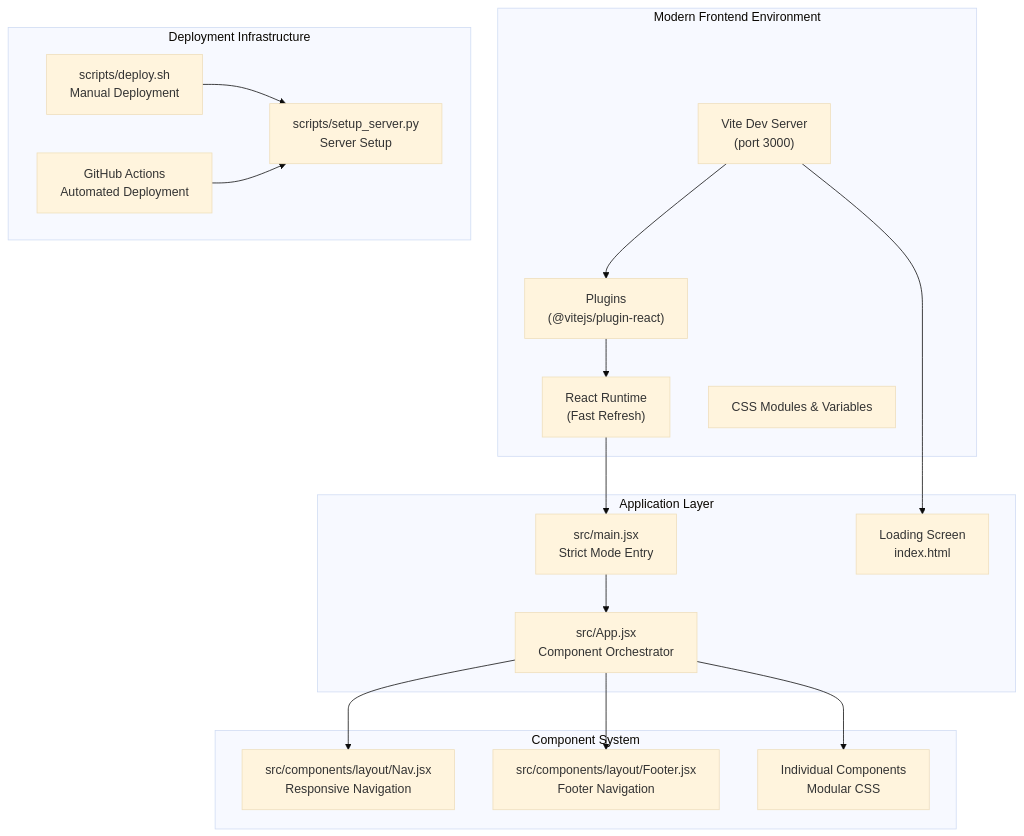
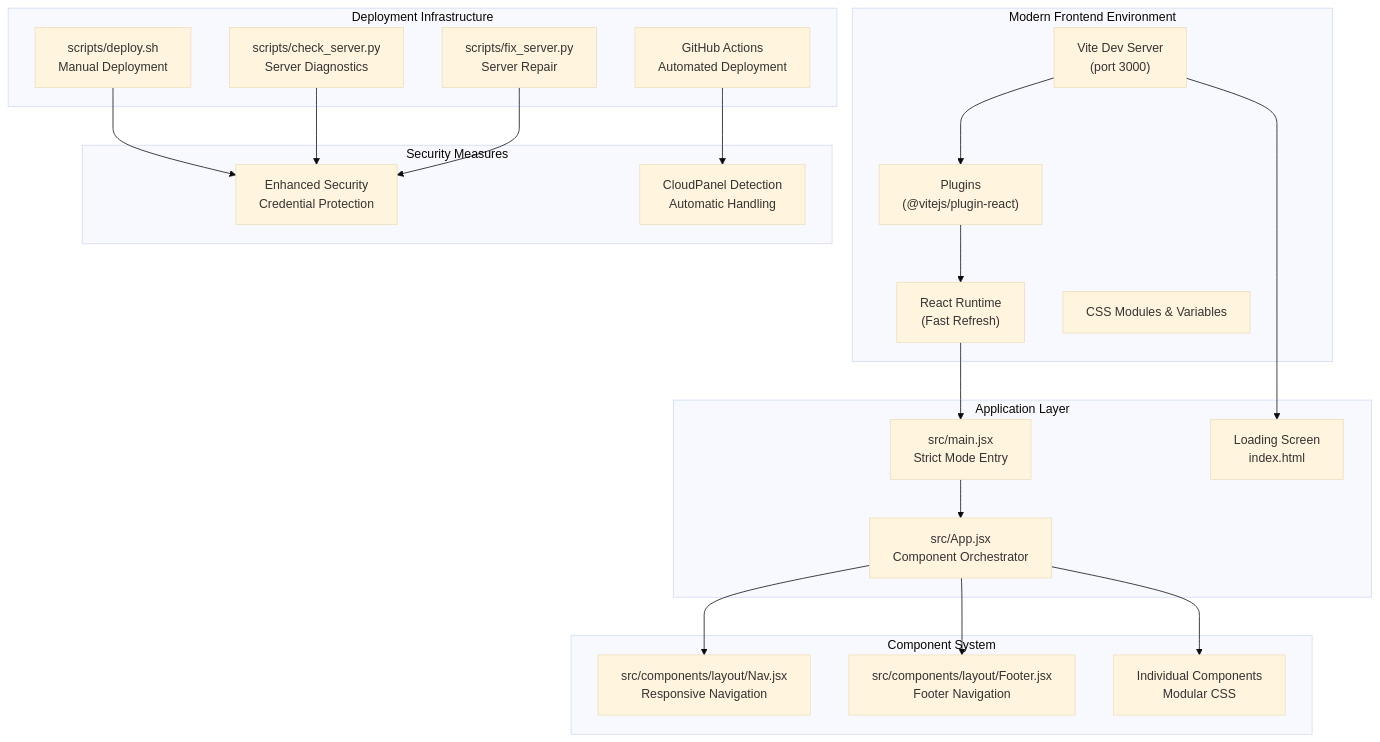
The second of 9 diagrams in .qoder/repowiki/en/content/Development Tools.md (rakeshmaity271/frankie-picasso), drawn with Mermaid (base theme) before and after one commit. The commit also changed other lines of this file and 29 other files, not shown here.

````diff
--- a/.qoder/repowiki/en/content/Development Tools.md
+++ b/.qoder/repowiki/en/content/Development Tools.md
@@ -126,34 +133,41 @@
 ```mermaid
 graph TB
 subgraph "Modern Frontend Environment"
 V["Vite Dev Server<br/>(port 3000)"]
 R["React Runtime<br/>(Fast Refresh)"]
 P["Plugins<br/>(@vitejs/plugin-react)"]
 CSS["CSS Modules & Variables"]
 end
 subgraph "Application Layer"
 M["src/main.jsx<br/>Strict Mode Entry"]
 A["src/App.jsx<br/>Component Orchestrator"]
 L["Loading Screen<br/>index.html"]
 end
 subgraph "Component System"
 NAV["src/components/layout/Nav.jsx<br/>Responsive Navigation"]
 FOOTER["src/components/layout/Footer.jsx<br/>Footer Navigation"]
 COMP["Individual Components<br/>Modular CSS"]
 end
 subgraph "Deployment Infrastructure"
 DEPLOY["scripts/deploy.sh<br/>Manual Deployment"]
 GITHUB["GitHub Actions<br/>Automated Deployment"]
-SETUP["scripts/setup_server.py<br/>Server Setup"]
+DIAG["scripts/check_server.py<br/>Server Diagnostics"]
+REPAIR["scripts/fix_server.py<br/>Server Repair"]
+end
+subgraph "Security Measures"
+SECURE["Enhanced Security<br/>Credential Protection"]
+CLOUD["CloudPanel Detection<br/>Automatic Handling"]
 end
 V --> P
 P --> R
 R --> M
 M --> A
 V --> L
 A --> NAV
 A --> FOOTER
 A --> COMP
-DEPLOY --> SETUP
-GITHUB --> SETUP
+DEPLOY --> SECURE
+GITHUB --> CLOUD
+DIAG --> SECURE
+REPAIR --> SECURE
 ```
````
